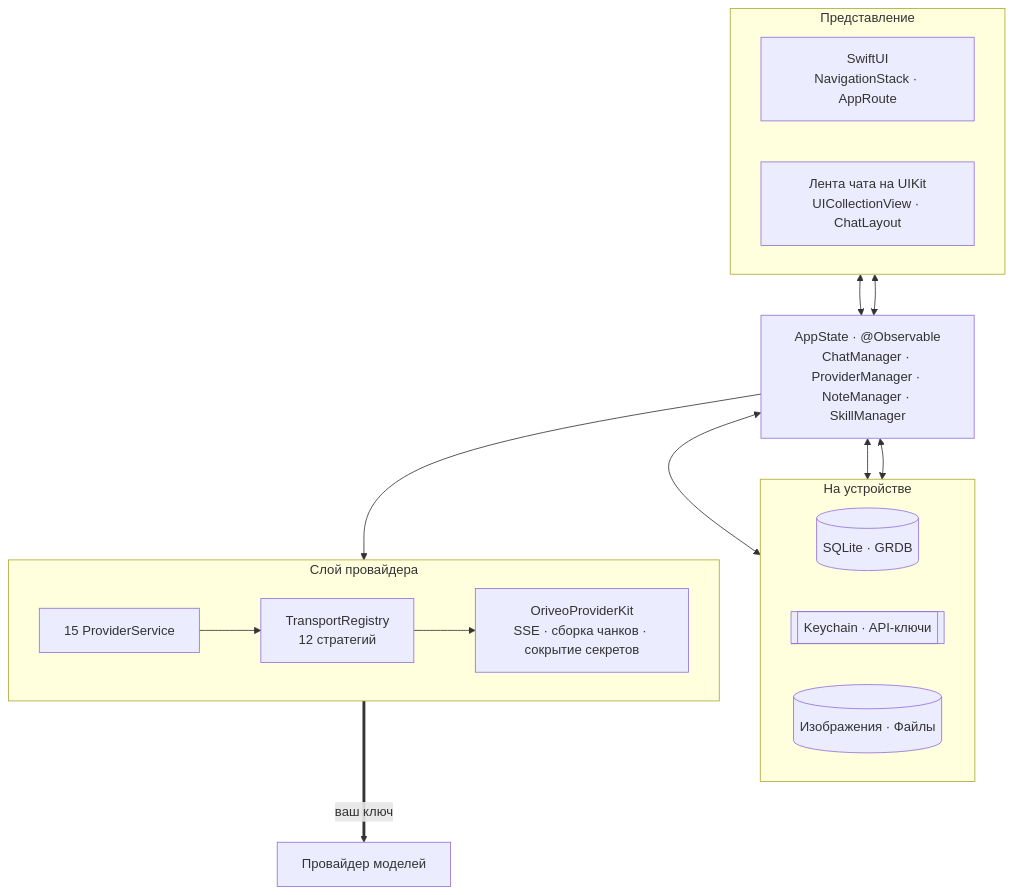
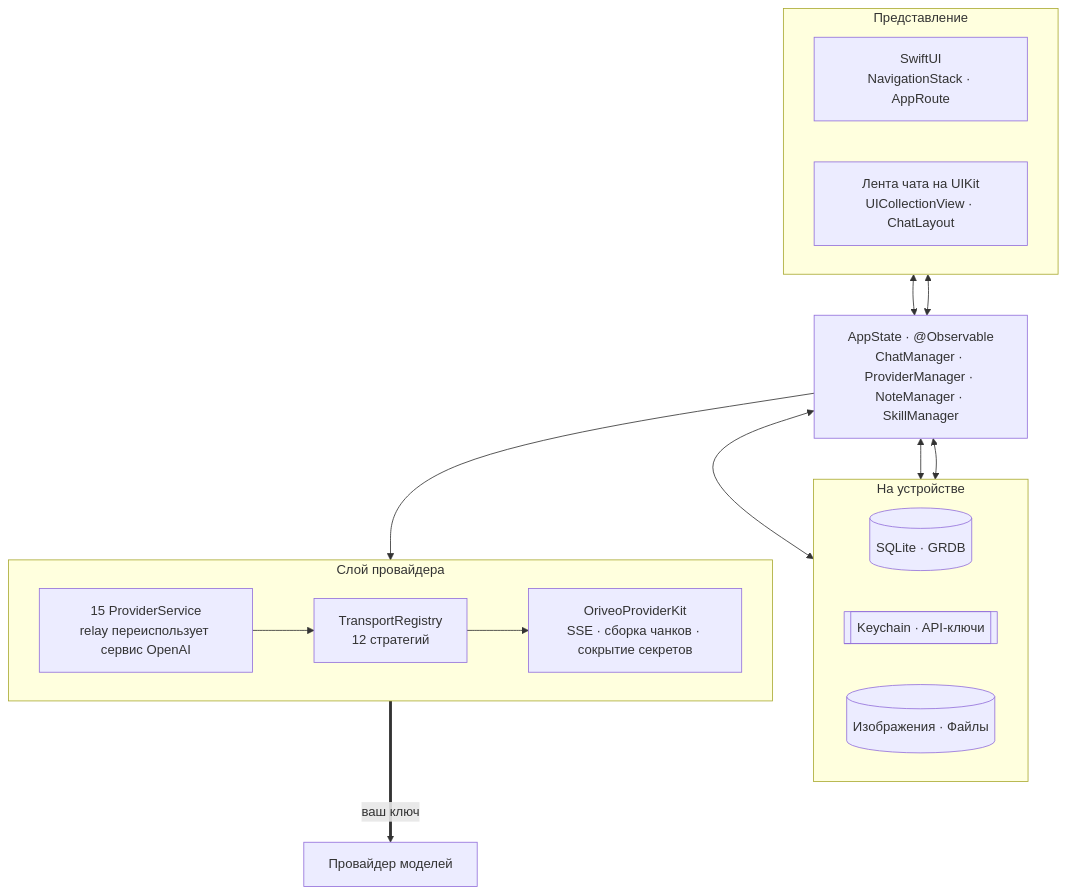
Before and after one commit to oriveo/oriveo: the first of 2 diagrams in readme_i18n/ru/ios.md, drawn with Mermaid. The commit also changed other lines of this file and 62 other files, not shown here.

````diff
--- a/readme_i18n/ru/ios.md
+++ b/readme_i18n/ru/ios.md
@@ -46,30 +46,30 @@
 ```mermaid
 flowchart TB
     subgraph ui ["Представление"]
         direction LR
         swiftui["SwiftUI<br/>NavigationStack · AppRoute"]
         uikit["Лента чата на UIKit<br/>UICollectionView · ChatLayout"]
     end
 
     appstate["AppState · @Observable<br/>ChatManager · ProviderManager · NoteManager · SkillManager"]
 
     subgraph store ["На устройстве"]
         direction LR
         grdb[("SQLite · GRDB")]
         keychain[["Keychain · API-ключи"]]
         files[("Изображения · Файлы")]
     end
 
     subgraph provider ["Слой провайдера"]
         direction LR
-        services["15 ProviderService"]
+        services["15 ProviderService<br/>relay переиспользует сервис OpenAI"]
         transports["TransportRegistry<br/>12 стратегий"]
         kit["OriveoProviderKit<br/>SSE · сборка чанков · сокрытие секретов"]
     end
 
     swiftui & uikit <--> appstate
     appstate <--> grdb & keychain & files
     appstate --> services
     services --> transports --> kit
     kit ==>|"ваш ключ"| up["Провайдер моделей"]
 ```
````
